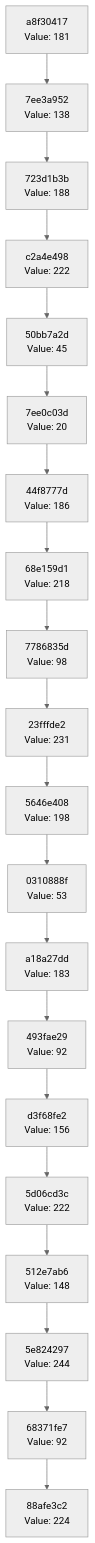
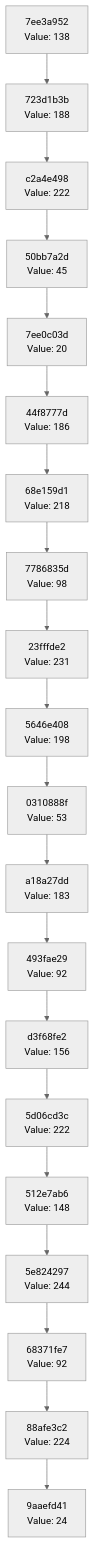
The diagram in docs/CHAIN_VISUALIZATION.md (Abhisheksinha1506/hash-chain-evolver), drawn with Mermaid (neutral theme) before and after one commit. The commit also changed 3 other files, not shown here.

````diff
--- a/docs/CHAIN_VISUALIZATION.md
+++ b/docs/CHAIN_VISUALIZATION.md
@@ -3,42 +3,42 @@
 ```mermaid
 graph TD
-    C0["88afe3c2<br/>Value: 224"]
-    C1["68371fe7<br/>Value: 92"]
+    C0["9aaefd41<br/>Value: 24"]
+    C1["88afe3c2<br/>Value: 224"]
     C1 --> C0
-    C2["5e824297<br/>Value: 244"]
+    C2["68371fe7<br/>Value: 92"]
     C2 --> C1
-    C3["512e7ab6<br/>Value: 148"]
+    C3["5e824297<br/>Value: 244"]
     C3 --> C2
-    C4["5d06cd3c<br/>Value: 222"]
+    C4["512e7ab6<br/>Value: 148"]
     C4 --> C3
-    C5["d3f68fe2<br/>Value: 156"]
+    C5["5d06cd3c<br/>Value: 222"]
     C5 --> C4
-    C6["493fae29<br/>Value: 92"]
+    C6["d3f68fe2<br/>Value: 156"]
     C6 --> C5
-    C7["a18a27dd<br/>Value: 183"]
+    C7["493fae29<br/>Value: 92"]
     C7 --> C6
-    C8["0310888f<br/>Value: 53"]
+    C8["a18a27dd<br/>Value: 183"]
     C8 --> C7
-    C9["5646e408<br/>Value: 198"]
+    C9["0310888f<br/>Value: 53"]
     C9 --> C8
-    C10["23fffde2<br/>Value: 231"]
+    C10["5646e408<br/>Value: 198"]
     C10 --> C9
-    C11["7786835d<br/>Value: 98"]
+    C11["23fffde2<br/>Value: 231"]
     C11 --> C10
-    C12["68e159d1<br/>Value: 218"]
+    C12["7786835d<br/>Value: 98"]
     C12 --> C11
-    C13["44f8777d<br/>Value: 186"]
+    C13["68e159d1<br/>Value: 218"]
     C13 --> C12
-    C14["7ee0c03d<br/>Value: 20"]
+    C14["44f8777d<br/>Value: 186"]
     C14 --> C13
-    C15["50bb7a2d<br/>Value: 45"]
+    C15["7ee0c03d<br/>Value: 20"]
     C15 --> C14
-    C16["c2a4e498<br/>Value: 222"]
+    C16["50bb7a2d<br/>Value: 45"]
     C16 --> C15
-    C17["723d1b3b<br/>Value: 188"]
+    C17["c2a4e498<br/>Value: 222"]
     C17 --> C16
-    C18["7ee3a952<br/>Value: 138"]
+    C18["723d1b3b<br/>Value: 188"]
     C18 --> C17
-    C19["a8f30417<br/>Value: 181"]
+    C19["7ee3a952<br/>Value: 138"]
     C19 --> C18
 ```
````
